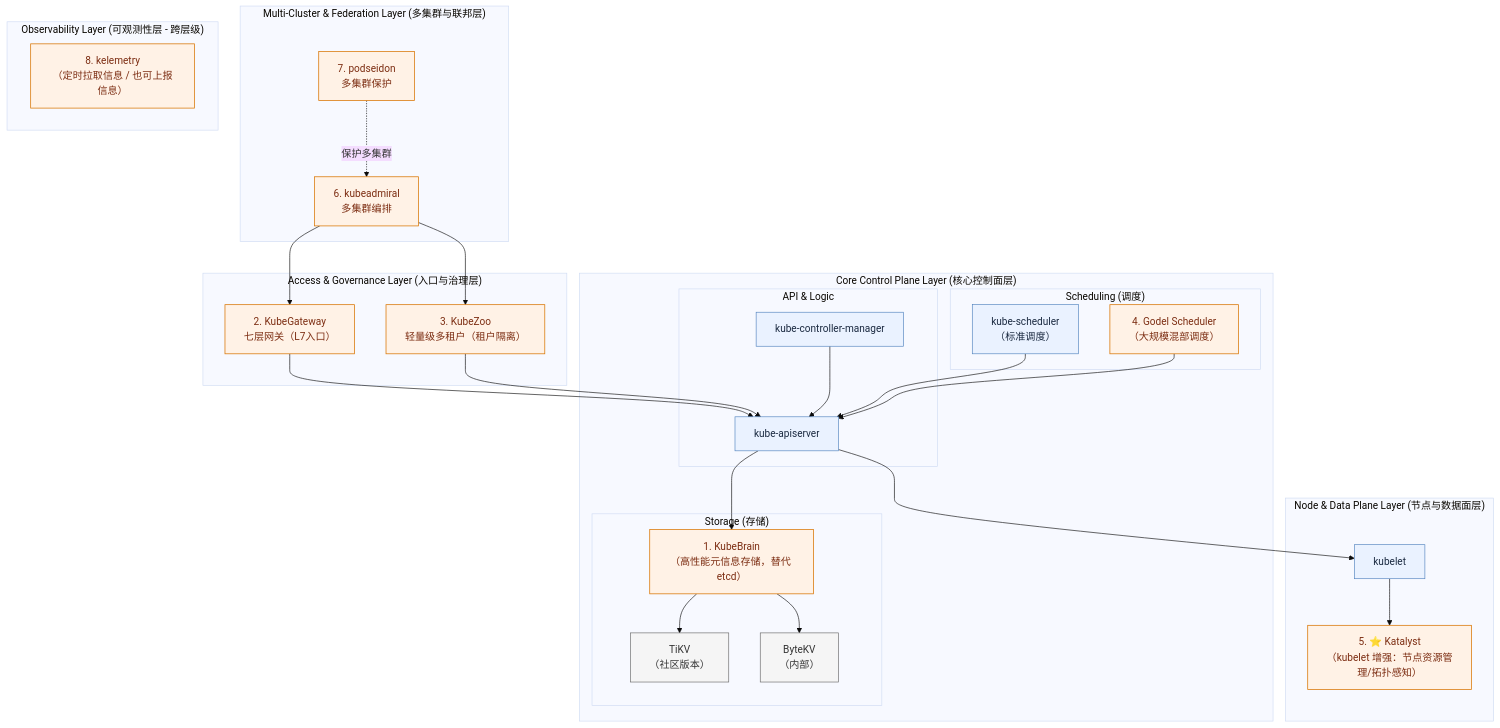
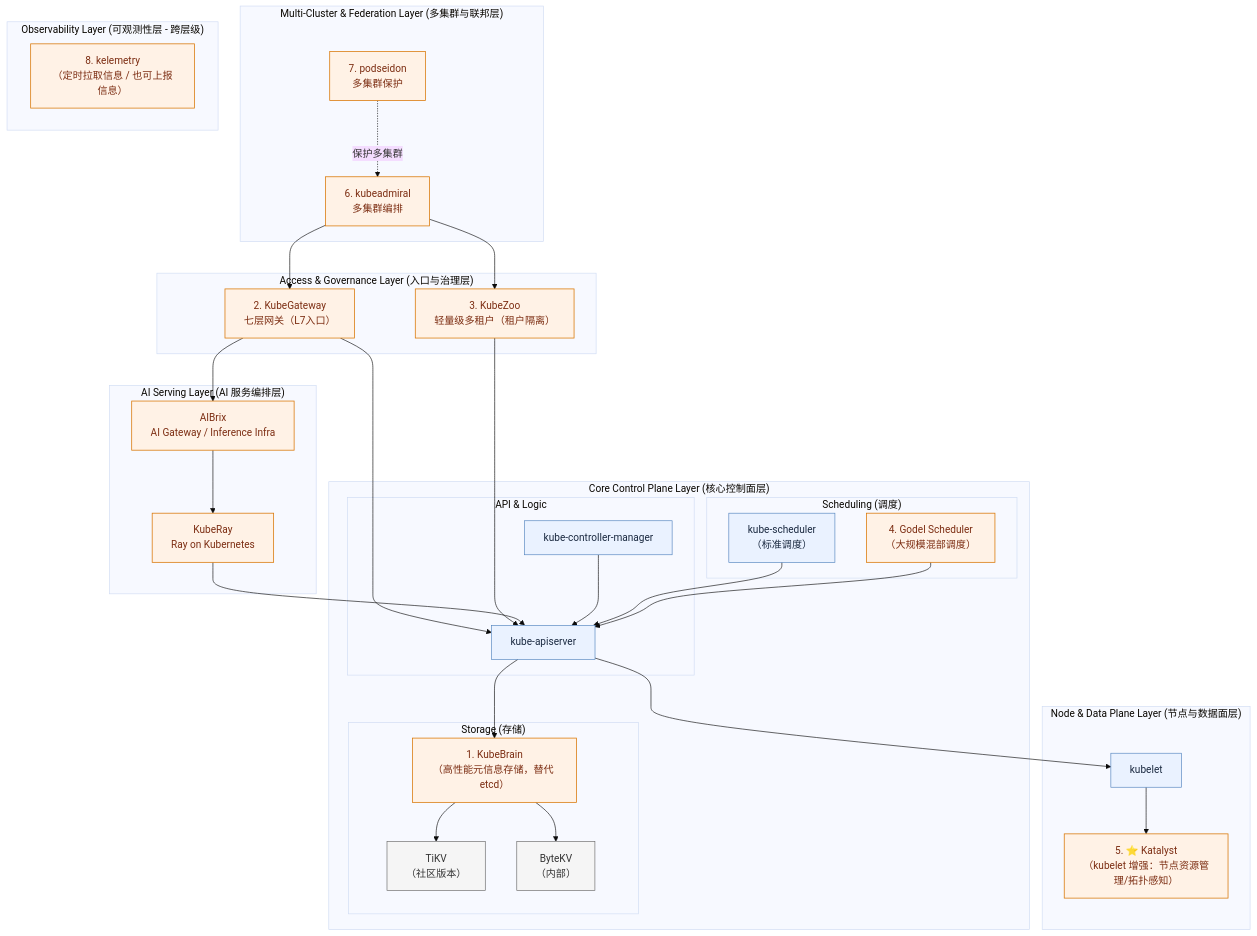
Before and after one commit to pacoxu/AI-Infra: the diagram in case-study/bytedance.md, drawn with Mermaid (base theme). The commit also changed other lines of this file and 2 other files, not shown here.

Commit message:
case-study: add requested AI ecosystem updates

````diff
--- a/case-study/bytedance.md
+++ b/case-study/bytedance.md
@@ -18,61 +19,69 @@
 ```mermaid
 flowchart TB
   subgraph L1["Multi-Cluster & Federation Layer (多集群与联邦层)"]
     KA["6. kubeadmiral<br/>多集群编排"]
     PS["7. podseidon<br/>多集群保护"]
   end
 
   subgraph L2["Access & Governance Layer (入口与治理层)"]
     KGW["2. KubeGateway<br/>七层网关（L7入口）"]
     KZZ["3. KubeZoo<br/>轻量级多租户（租户隔离）"]
+  end
+
+  subgraph L2_5["AI Serving Layer (AI 服务编排层)"]
+    AIB["AIBrix<br/>AI Gateway / Inference Infra"]
+    KRAY["KubeRay<br/>Ray on Kubernetes"]
   end
 
   subgraph L3["Core Control Plane Layer (核心控制面层)"]
     subgraph API["API & Logic"]
       KAS["kube-apiserver"]
       KCM["kube-controller-manager"]
     end
 
     subgraph SCH["Scheduling (调度)"]
       KSCH["kube-scheduler<br/>（标准调度）"]
       GODEL["4. Godel Scheduler<br/>（大规模混部调度）"]
     end
 
     subgraph STO["Storage (存储)"]
       KB["1. KubeBrain<br/>（高性能元信息存储，替代 etcd）"]
       TIKV["TiKV<br/>（社区版本）"]
       BKV["ByteKV<br/>（内部）"]
     end
   end
 
   subgraph L4["Node & Data Plane Layer (节点与数据面层)"]
     KLET["kubelet"]
     KAT["5. ⭐ Katalyst<br/>（kubelet 增强：节点资源管理/拓扑感知）"]
   end
 
   subgraph L5["Observability Layer (可观测性层 - 跨层级)"]
     KEL["8. kelemetry<br/>（定时拉取信息 / 也可上报信息）"]
   end
 
   KA --> KGW
   KA --> KZZ
   PS -. 保护多集群 .-> KA
   KGW --> KAS
   KZZ --> KAS
+  KGW --> AIB
+  AIB --> KRAY
+  KRAY --> KAS
   KCM --> KAS
   KSCH --> KAS
   GODEL --> KAS
   KAS --> KB
   KB --> TIKV
   KB --> BKV
   KAS --> KLET
   KLET --> KAT
 
   classDef std fill:#eaf2ff,stroke:#4f81bd,color:#1b2a41,stroke-width:1px;
   classDef bt fill:#fff2e6,stroke:#d97706,color:#7c2d12,stroke-width:1.2px;
   classDef backend fill:#f5f5f5,stroke:#666,color:#333,stroke-width:1px;
 
   class KAS,KCM,KSCH,KLET std;
-  class KA,PS,KGW,KZZ,GODEL,KB,KAT,KEL bt;
+  class KA,PS,KGW,KZZ,AIB,KRAY,GODEL,KB,KAT,KEL bt;
   class TIKV,BKV backend;
 ```
````
